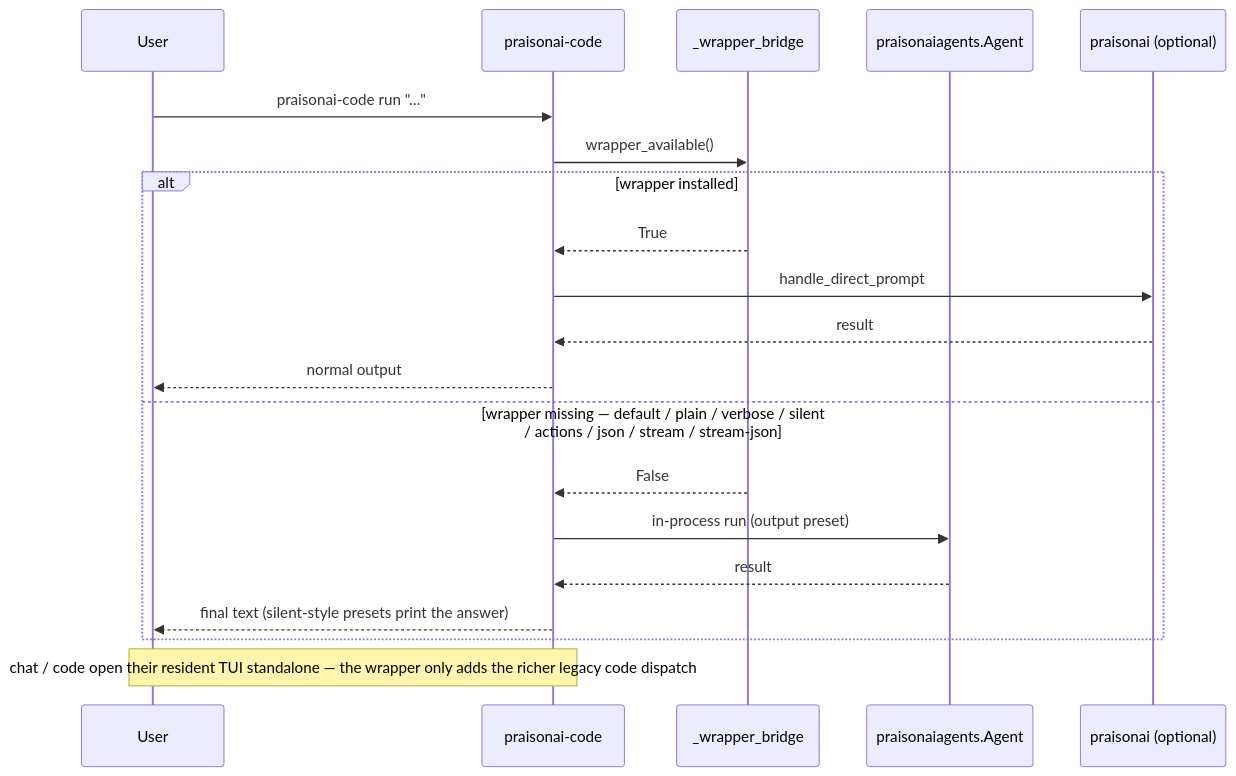
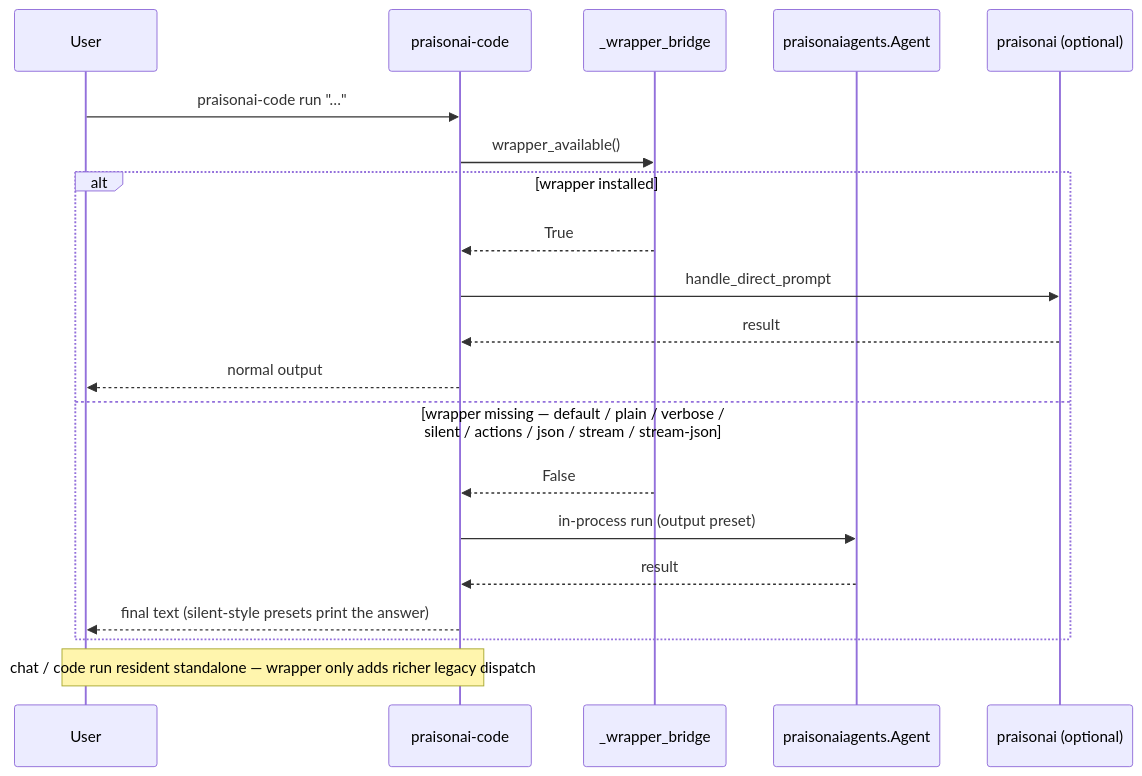
One commit to MervinPraison/PraisonAIDocs changed the fourth of 5 diagrams in docs/features/praisonai-code-cli.mdx. Above: the diagram before and after it, drawn with Mermaid. The commit also changed other lines of this file and 4 other files, not shown here.

Commit message:
docs: praisonai-code chat/code now run resident standalone (fixes #2830)

````diff
--- a/docs/features/praisonai-code-cli.mdx
+++ b/docs/features/praisonai-code-cli.mdx
@@ -160,23 +160,23 @@
 ```mermaid
 sequenceDiagram
     participant User
     participant CLI as praisonai-code
     participant Bridge as _wrapper_bridge
     participant Agent as praisonaiagents.Agent
     participant Wrapper as praisonai (optional)
 
     User->>CLI: praisonai-code run "…"
     CLI->>Bridge: wrapper_available()
     alt wrapper installed
         Bridge-->>CLI: True
         CLI->>Wrapper: handle_direct_prompt
         Wrapper-->>CLI: result
         CLI-->>User: normal output
     else wrapper missing — default / plain / verbose / silent / actions / json / stream / stream-json
         Bridge-->>CLI: False
         CLI->>Agent: in-process run (output preset)
         Agent-->>CLI: result
         CLI-->>User: final text (silent-style presets print the answer)
     end
-    Note over User,CLI: chat / code open their resident TUI standalone — the wrapper only adds the richer legacy code dispatch
+    Note over User,CLI: chat / code run resident standalone — wrapper only adds richer legacy dispatch
 ```
````
